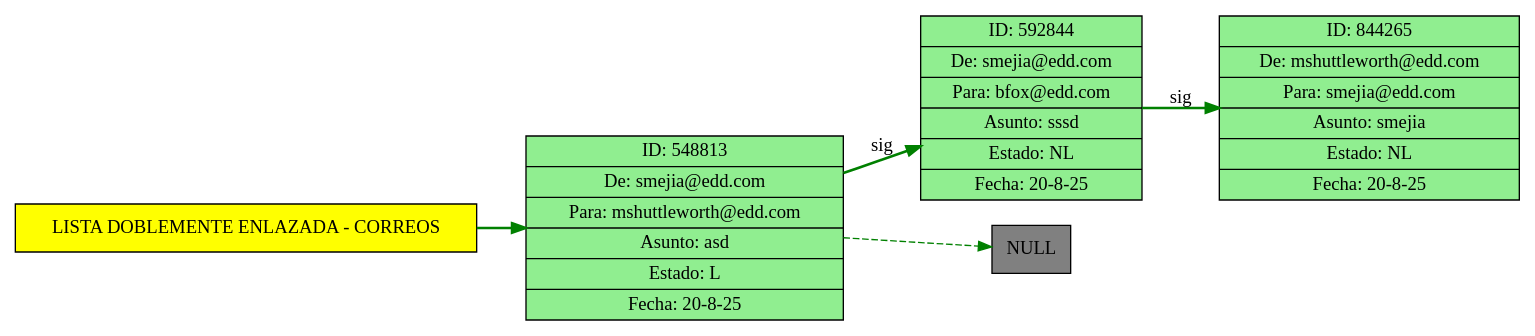
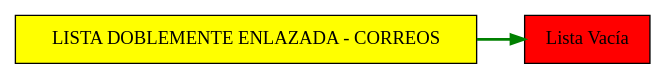
The diagram in Fase1/graficos/correos.dot (angelcard132/EDD_FASE1_202304063), drawn with Graphviz before and after one commit. The commit also changed 28 other files, not shown here.

```diff
--- a/Fase1/graficos/correos.dot
+++ b/Fase1/graficos/correos.dot
@@ -1,19 +1,11 @@
 digraph ListaCorreos {
   rankdir=LR;
   node [shape=record, style=filled, fillcolor=lightgreen];
   edge [color=green, style=bold];
 
   // Título
   titulo [label="LISTA DOBLEMENTE ENLAZADA - CORREOS", shape=box, style=filled, fillcolor=yellow];
 
-  correo0 [label="ID: 548813|De: smejia@edd.com|Para: mshuttleworth@edd.com|Asunto: asd|Estado: L|Fecha: 20-8-25"];
-  correo1 [label="ID: 592844|De: smejia@edd.com|Para: bfox@edd.com|Asunto: sssd|Estado: NL|Fecha: 20-8-25"];
-  correo2 [label="ID: 844265|De: mshuttleworth@edd.com|Para: smejia@edd.com|Asunto: smejia|Estado: NL|Fecha: 20-8-25"];
-
-  // Conexiones hacia adelante
-  titulo -> correo0;
-  correo0 -> correo1 [label="sig"];
-  correo1 -> correo2 [label="sig"];
-  correo0 -> null [style=dashed];
-  null [label="NULL", shape=box, style=filled, fillcolor=gray];
+  vacia [label="Lista Vacía", shape=box, style=filled, fillcolor=red];
+  titulo -> vacia;
 }
```
